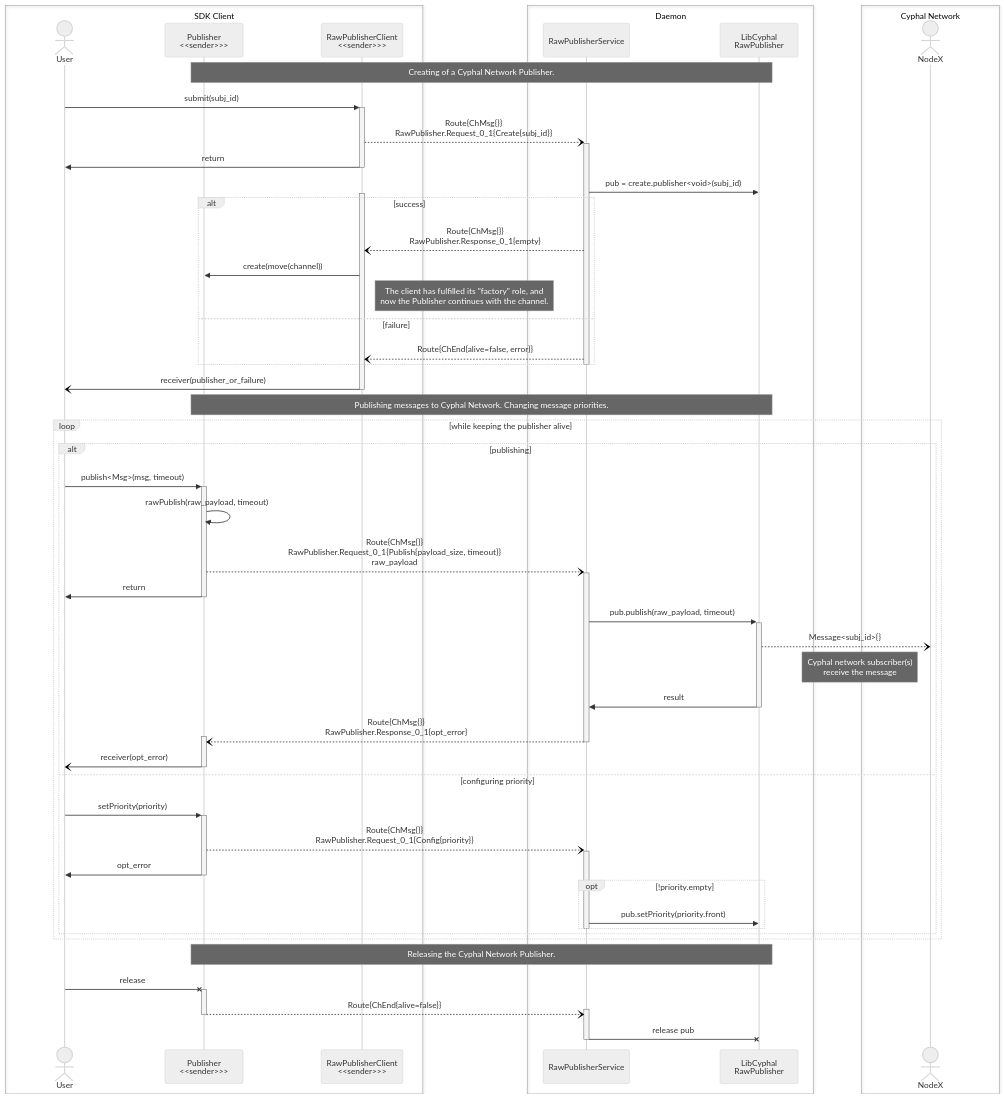
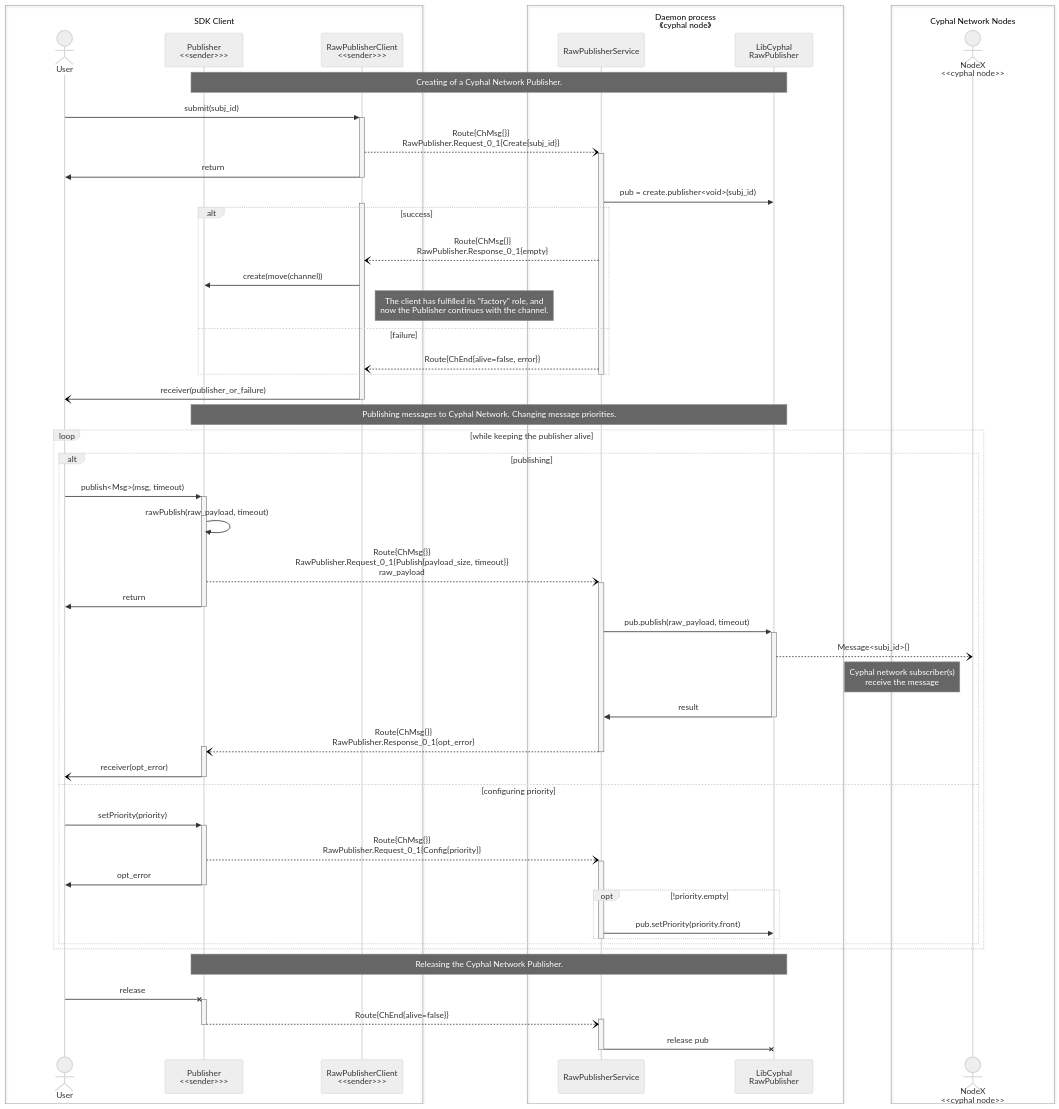
Before and after one commit to OpenCyphal-Garage/ocvsmd: the fourth of 8 diagrams in docs/svc_design.md, drawn with Mermaid (neutral theme). The commit also changed other lines of this file and 1 other file, not shown here.

Commit message:
Described firmware update sequence

````diff
--- a/docs/svc_design.md
+++ b/docs/svc_design.md
@@ -296,71 +296,71 @@
 ```mermaid
 sequenceDiagram
     actor User
     participant Publisher as Publisher<br/><<sender>>>
     participant RawPublisherClient as RawPublisherClient<br/><<sender>>>
     participant RawPublisherService
     participant CyPublisher as LibCyphal<br/>RawPublisher
-    actor NodeX
+    actor NodeX as NodeX<br/><<cyphal node>>
 
     Note over Publisher, CyPublisher: Creating of a Cyphal Network Publisher.
     User ->>+ RawPublisherClient: submit(subj_id)
     RawPublisherClient --)+ RawPublisherService: Route{ChMsg{}}<br/>RawPublisher.Request_0_1{Create{subj_id}}
     RawPublisherClient ->>- User : return
     
     RawPublisherService ->> CyPublisher: pub = create.publisher<void>(subj_id)
     activate RawPublisherClient
     alt success
         RawPublisherService --) RawPublisherClient: Route{ChMsg{}}<br/>RawPublisher.Response_0_1{empty}
         RawPublisherClient ->> Publisher: create(move(channel))
         Note right of RawPublisherClient: The client has fulfilled its "factory" role, and<br/>now the Publisher continues with the channel.
     else failure
         RawPublisherService --) RawPublisherClient: Route{ChEnd{alive=false, error}}
     end
     deactivate RawPublisherService
     RawPublisherClient -)- User: receiver(publisher_or_failure)
     
     Note over Publisher, CyPublisher: Publishing messages to Cyphal Network. Changing message priorities.
     loop while keeping the publisher alive
         alt publishing
             User ->>+ Publisher: publish<Msg>(msg, timeout)
             Publisher ->> Publisher: rawPublish(raw_payload, timeout)
             Publisher --)+ RawPublisherService: Route{ChMsg{}}<br/>RawPublisher.Request_0_1{Publish{payload_size, timeout}}<br/>raw_payload
             Publisher ->>- User: return
             RawPublisherService ->>+ CyPublisher: pub.publish(raw_payload, timeout)
             CyPublisher --) NodeX: Message<subj_id>{}
             Note left of NodeX: Cyphal network subscriber(s)<br/>receive the message
             CyPublisher ->>- RawPublisherService: result
             RawPublisherService --)+ Publisher: Route{ChMsg{}}<br/>RawPublisher.Response_0_1{opt_error}
             deactivate RawPublisherService
             Publisher -)- User: receiver(opt_error)
         else configuring priority
             User ->>+ Publisher: setPriority(priority)
             Publisher --)+ RawPublisherService: Route{ChMsg{}}<br/>RawPublisher.Request_0_1{Config{priority}}
             Publisher ->>- User: opt_error
             opt !priority.empty
                 RawPublisherService ->> CyPublisher: pub.setPriority(priority.front)
             end
             deactivate RawPublisherService
         end
     end
 
     Note over Publisher, CyPublisher: Releasing the Cyphal Network Publisher.
     User -x+ Publisher: release
     Publisher --)+ RawPublisherService: Route{ChEnd{alive=false}}
     deactivate Publisher
     RawPublisherService -x CyPublisher: release pub
     deactivate RawPublisherService
 
     box SDK Client
         actor User
         participant Publisher
         participant RawPublisherClient
     end
-    box Daemon
+    box Daemon process<br/>《cyphal node》
         participant RawPublisherService
         participant CyPublisher
     end
-    box Cyphal Network
+    box Cyphal Network Nodes
         actor NodeX
     end
 ```
````
